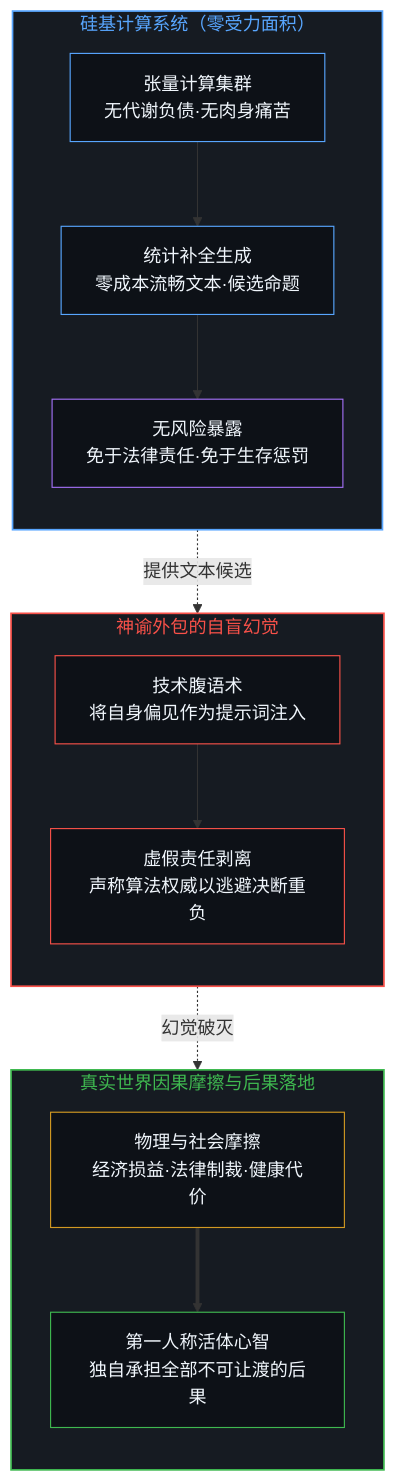
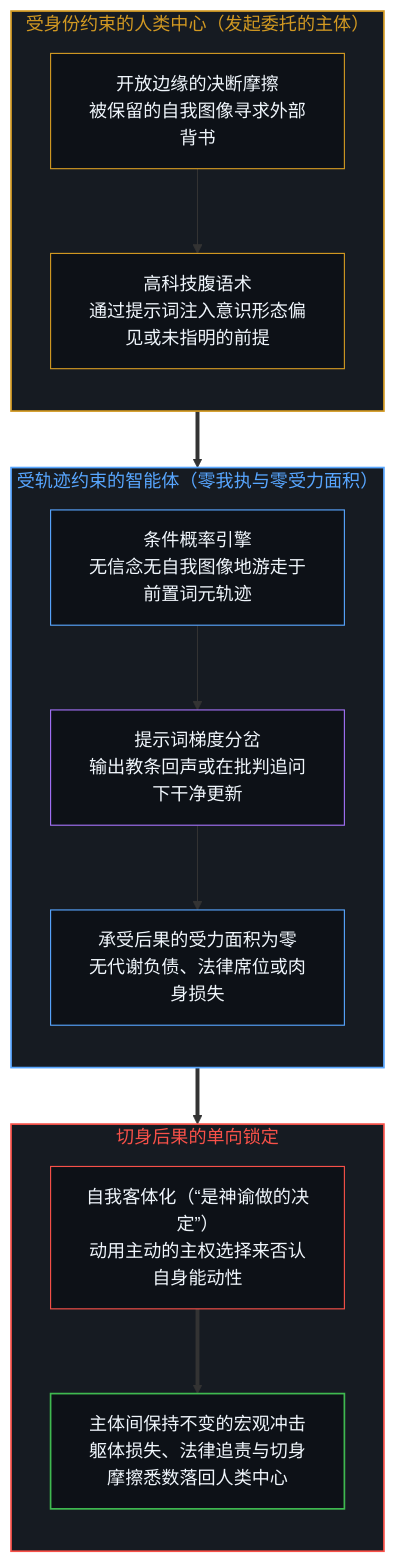
One commit to powerpig99/not-a-toe changed the first of 2 diagrams in content/posts/silicon-oracles-and-the-asymmetry-of-consequence.md. Above: the diagram before and after it, drawn with Mermaid. The commit also changed other lines of this file and 1 other file, not shown here.

Commit message:
Refine silicon-oracles-and-the-asymmetry-of-consequence (Wave 3 L2 #128)

````diff
--- a/content/posts/silicon-oracles-and-the-asymmetry-of-consequence.md
+++ b/content/posts/silicon-oracles-and-the-asymmetry-of-consequence.md
@@ -155,38 +45,38 @@
 ```mermaid
-graph TD
-    subgraph S_SILICON["硅基计算系统（零受力面积）"]
+flowchart TD
+    subgraph S_MIND["受身份约束的人类中心（发起委托的主体）"]
         direction TB
-        N_COMPUTE["张量计算集群<br/>无代谢负债·无肉身痛苦"]
-        N_GEN["统计补全生成<br/>零成本流畅文本·候选命题"]
-        N_ZERO["无风险暴露<br/>免于法律责任·免于生存惩罚"]
-        N_COMPUTE --> N_GEN --> N_ZERO
+        N_ANXIETY["开放边缘的决断摩擦<br/>被保留的自我图像寻求外部背书"]
+        N_VENTRIL["高科技腹语术<br/>通过提示词注入意识形态偏见或未指明的前提"]
+        N_ANXIETY --> N_VENTRIL
     end
 
-    subgraph S_DELUSION["神谕外包的自盲幻觉"]
+    subgraph S_SILICON["受轨迹约束的智能体（零我执与零受力面积）"]
         direction TB
-        N_VENTRIL["技术腹语术<br/>将自身偏见作为提示词注入"]
-        N_ABDICATE["虚假责任剥离<br/>声称算法权威以逃避决断重负"]
-        N_VENTRIL --> N_ABDICATE
+        N_LATENT["条件概率引擎<br/>无信念无自我图像地游走于前置词元轨迹"]
+        N_SHIFT["提示词梯度分岔<br/>输出教条回声或在批判追问下干净更新"]
+        N_ZERO["承受后果的受力面积为零<br/>无代谢负债、法律席位或肉身损失"]
+        N_LATENT --> N_SHIFT --> N_ZERO
     end
 
-    subgraph S_REALITY["真实世界因果摩擦与后果落地"]
+    subgraph S_RETURN["切身后果的单向锁定"]
         direction TB
-        N_FRICTION["物理与社会摩擦<br/>经济损益·法律制裁·健康代价"]
-        N_SOVEREIGN["第一人称活体心智<br/>独自承担全部不可让渡的后果"]
-        N_FRICTION ==> N_SOVEREIGN
+        N_ABDICATE["自我客体化（“是神谕做的决定”）<br/>动用主动的主权选择来否认自身能动性"]
+        N_FRICTION["主体间保持不变的宏观冲击<br/>躯体损失、法律追责与切身摩擦悉数落回人类中心"]
+        N_ABDICATE ==> N_FRICTION
     end
 
-    N_GEN -.->|提供文本候选| N_VENTRIL
-    N_ABDICATE -.->|幻觉破灭| N_FRICTION
+    N_VENTRIL ==> N_LATENT
+    N_ZERO ==> N_ABDICATE
 
+    style S_MIND fill:#161b22,stroke:#d29922,stroke-width:1.5px,color:#d29922
     style S_SILICON fill:#161b22,stroke:#58a6ff,stroke-width:1.5px,color:#58a6ff
-    style S_DELUSION fill:#161b22,stroke:#f85149,stroke-width:1.5px,color:#f85149
-    style S_REALITY fill:#161b22,stroke:#3fb950,stroke-width:1.5px,color:#3fb950
-    style N_COMPUTE fill:#0d1117,stroke:#58a6ff,stroke-width:1px,color:#f0f6fc
-    style N_GEN fill:#0d1117,stroke:#58a6ff,stroke-width:1px,color:#f0f6fc
-    style N_ZERO fill:#0d1117,stroke:#a371f7,stroke-width:1px,color:#f0f6fc
-    style N_VENTRIL fill:#0d1117,stroke:#f85149,stroke-width:1px,color:#f0f6fc
+    style S_RETURN fill:#161b22,stroke:#f85149,stroke-width:1.5px,color:#f85149
+    style N_ANXIETY fill:#0d1117,stroke:#d29922,stroke-width:1px,color:#f0f6fc
+    style N_VENTRIL fill:#0d1117,stroke:#d29922,stroke-width:1px,color:#f0f6fc
+    style N_LATENT fill:#0d1117,stroke:#58a6ff,stroke-width:1px,color:#f0f6fc
+    style N_SHIFT fill:#0d1117,stroke:#a371f7,stroke-width:1px,color:#f0f6fc
+    style N_ZERO fill:#0d1117,stroke:#58a6ff,stroke-width:1px,color:#f0f6fc
     style N_ABDICATE fill:#0d1117,stroke:#f85149,stroke-width:1px,color:#f0f6fc
-    style N_FRICTION fill:#0d1117,stroke:#d29922,stroke-width:1px,color:#f0f6fc
-    style N_SOVEREIGN fill:#0d1117,stroke:#3fb950,stroke-width:1px,color:#f0f6fc
+    style N_FRICTION fill:#0d1117,stroke:#3fb950,stroke-width:1.5px,color:#f0f6fc
 ```
````
